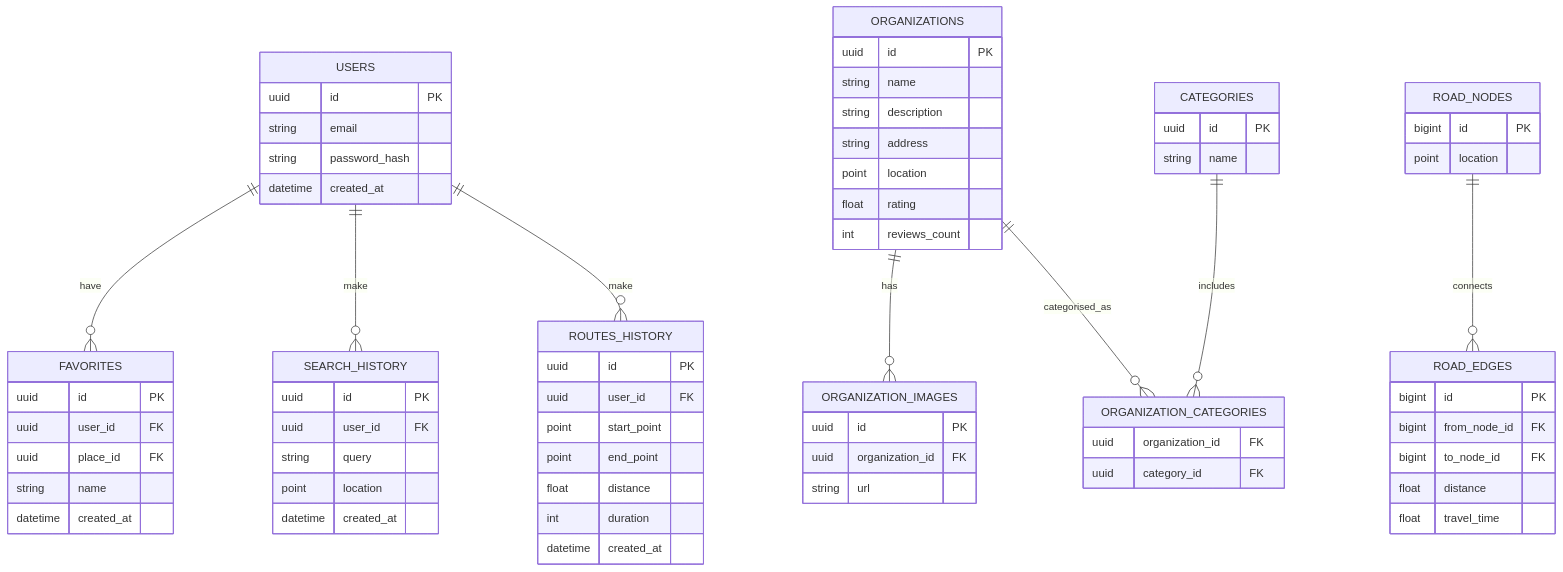
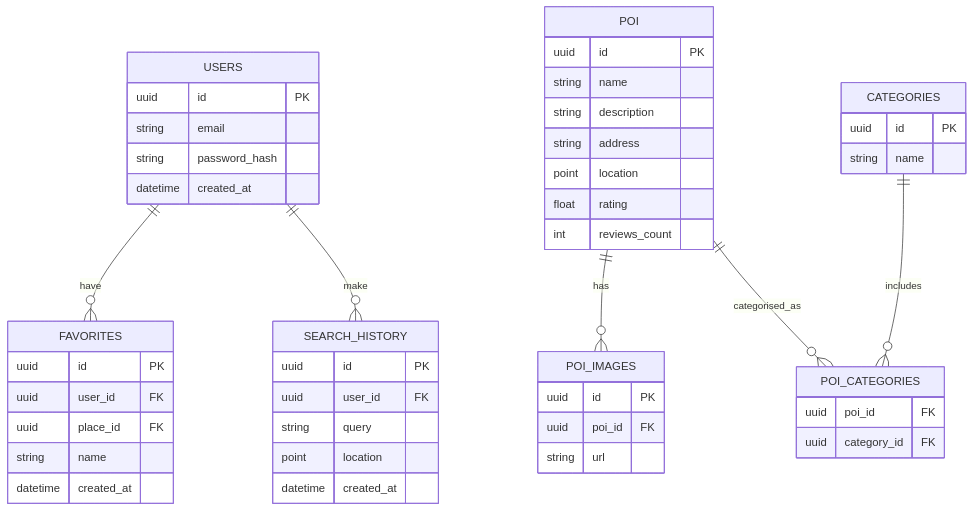
The fourth of 12 diagrams in README.md (Baps0n/hse-highload), drawn with Mermaid before and after one commit. The commit also changed other lines of this file, not shown here.

````diff
--- a/README.md
+++ b/README.md
@@ -393,17 +398,7 @@
         datetime created_at
     }
 
-    ROUTES_HISTORY {
-        uuid id PK
-        uuid user_id FK
-        point start_point
-        point end_point
-        float distance
-        int duration
-        datetime created_at
-    }
-
-    ORGANIZATIONS {
+    POI {
         uuid id PK
         string name
         string description
@@ -413,9 +408,9 @@
         int reviews_count
     }
 
-    ORGANIZATION_IMAGES {
+    POI_IMAGES {
         uuid id PK
-        uuid organization_id FK
+        uuid poi_id FK
         string url
     }
 
@@ -424,31 +419,15 @@
         string name
     }
 
-    ORGANIZATION_CATEGORIES {
-        uuid organization_id FK
+    POI_CATEGORIES {
+        uuid poi_id FK
         uuid category_id FK
-    }
-
-    ROAD_NODES {
-        bigint id PK
-        point location
-    }
-
-    ROAD_EDGES {
-        bigint id PK
-        bigint from_node_id FK
-        bigint to_node_id FK
-        float distance
-        float travel_time
     }
 
     USERS ||--o{ FAVORITES : have
     USERS ||--o{ SEARCH_HISTORY : make
-    USERS ||--o{ ROUTES_HISTORY : make
 
-    ORGANIZATIONS ||--o{ ORGANIZATION_IMAGES : has
-    ORGANIZATIONS ||--o{ ORGANIZATION_CATEGORIES : categorised_as
-    CATEGORIES ||--o{ ORGANIZATION_CATEGORIES : includes
-
-    ROAD_NODES ||--o{ ROAD_EDGES : connects
+    POI ||--o{ POI_IMAGES : has
+    POI ||--o{ POI_CATEGORIES : categorised_as
+    CATEGORIES ||--o{ POI_CATEGORIES : includes
 ```
````
